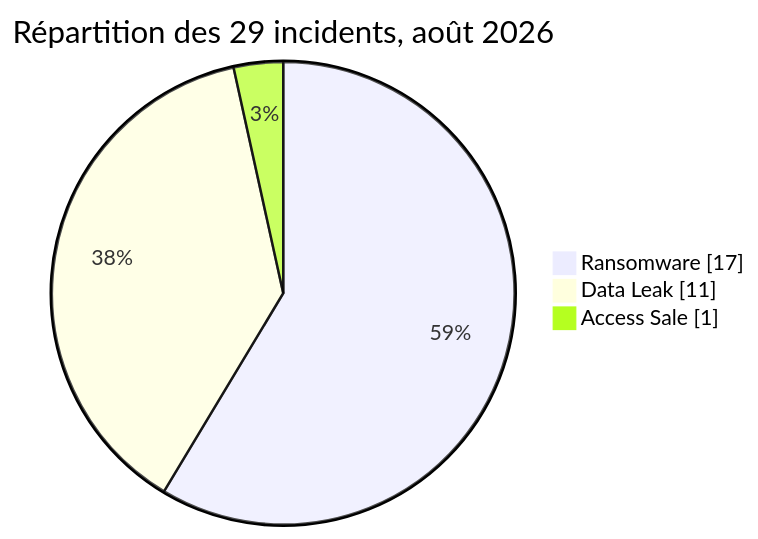
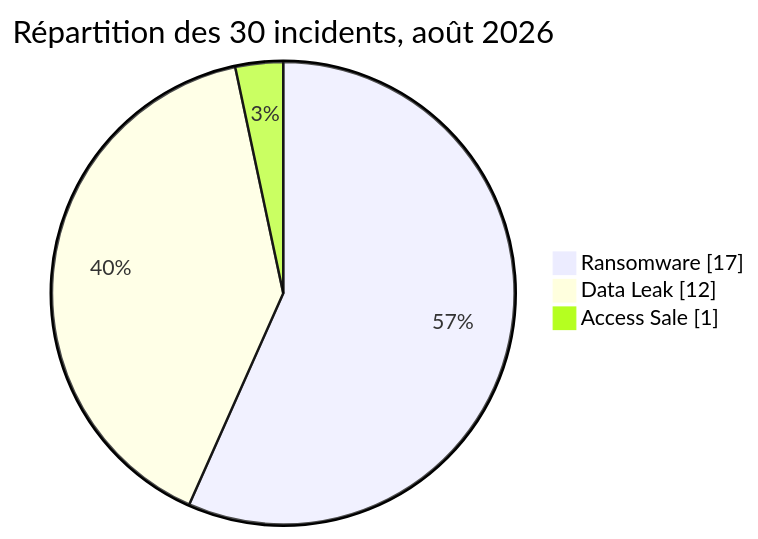
Before and after one commit to Hatchepsoute/AFRINTEL: the diagram in statistics/2026/08-august/README_FR.md, drawn with Mermaid. The commit also changed other lines of this file and 90 other files, not shown here.

````diff
--- a/statistics/2026/08-august/README_FR.md
+++ b/statistics/2026/08-august/README_FR.md
@@ -34,7 +34,7 @@
 ```mermaid
 pie showData
-    title Répartition des 29 incidents, août 2026
+    title Répartition des 30 incidents, août 2026
     "Ransomware" : 17
-    "Data Leak" : 11
+    "Data Leak" : 12
     "Access Sale" : 1
 ```
````
